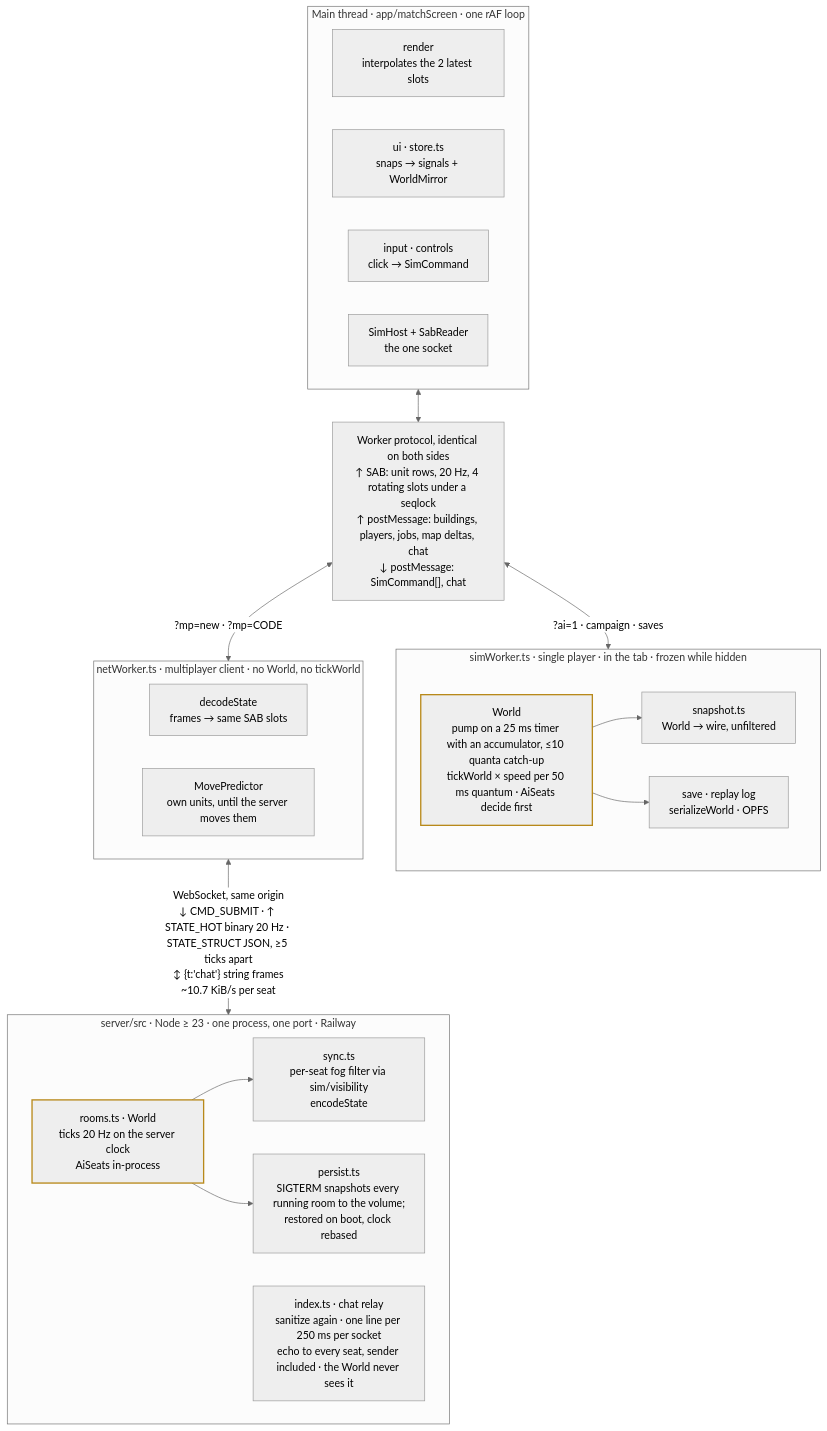
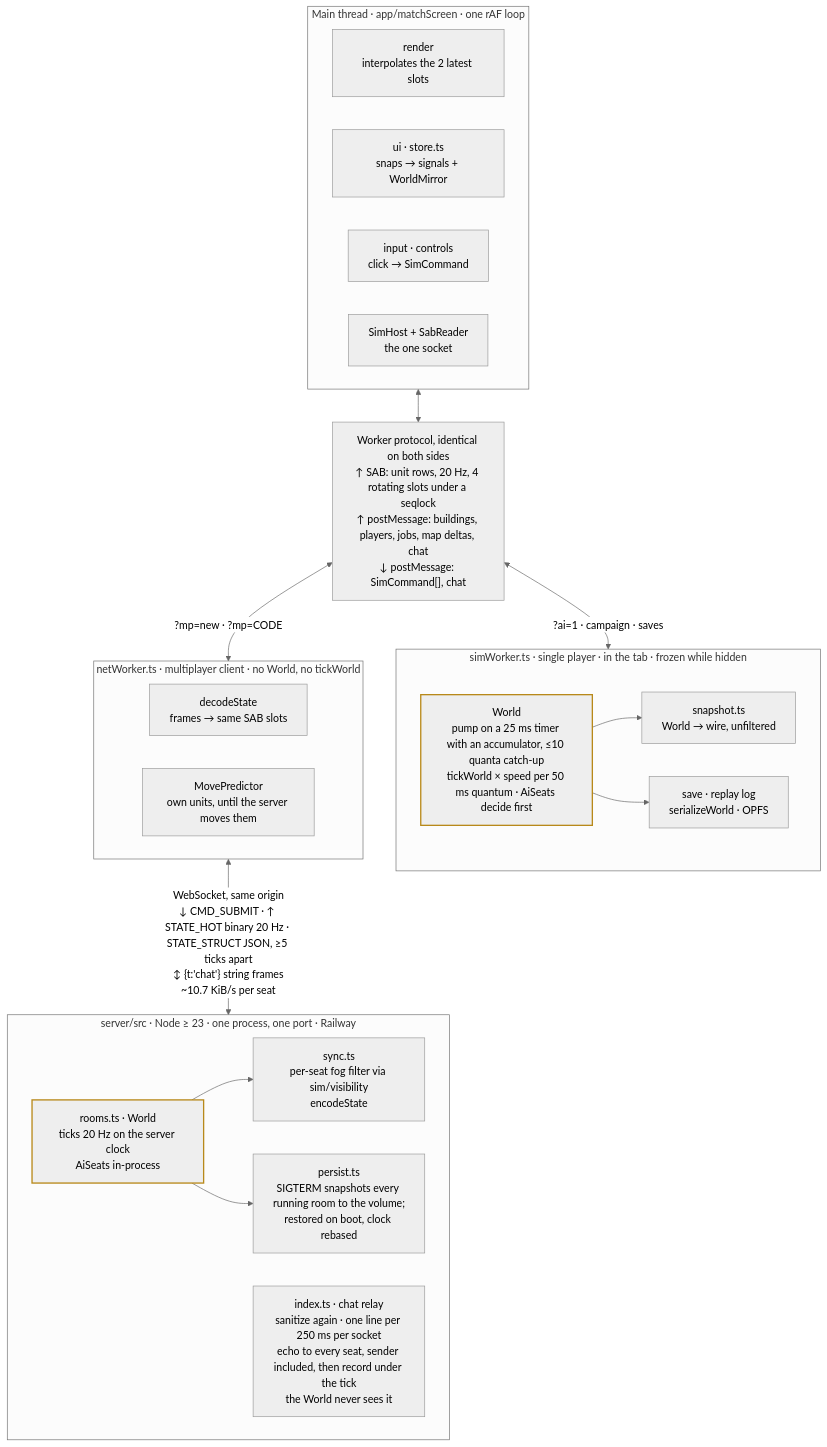
The second of 2 diagrams in docs/architecture.md (arv/serf), drawn with Mermaid (neutral theme) before and after one commit. The commit also changed other lines of this file, not shown here.

First line of the commit message:
docs(architecture): a recording keeps what the table said

````diff
--- a/docs/architecture.md
+++ b/docs/architecture.md
@@ -102,42 +102,42 @@
 ```mermaid
 flowchart TB
   subgraph main["Main thread · app/matchScreen · one rAF loop"]
     direction LR
     render["render<br/>interpolates the 2 latest slots"]
     uistore["ui · store.ts<br/>snaps → signals + WorldMirror"]
     controls["input · controls<br/>click → SimCommand"]
     host["SimHost + SabReader<br/>the one socket"]
   end
   wire["Worker protocol, identical on both sides<br/>↑ SAB: unit rows, 20 Hz, 4 rotating slots under a seqlock<br/>↑ postMessage: buildings, players, jobs, map deltas, chat<br/>↓ postMessage: SimCommand[], chat"]
   main <--> wire
 
   subgraph solo["simWorker.ts · single player · in the tab · frozen while hidden"]
     world1["World<br/>pump on a 25 ms timer with an accumulator, ≤10 quanta catch-up<br/>tickWorld × speed per 50 ms quantum · AiSeats decide first"]
     snap["snapshot.ts<br/>World → wire, unfiltered"]
     save["save · replay log<br/>serializeWorld · OPFS"]
     world1 --> snap
     world1 --> save
   end
   wire <-- "?ai=1 · campaign · saves" --> solo
 
   subgraph mp["netWorker.ts · multiplayer client · no World, no tickWorld"]
     direction LR
     decode["decodeState<br/>frames → same SAB slots"]
     predict["MovePredictor<br/>own units, until the server moves them"]
   end
   wire <-- "?mp=new · ?mp=CODE" --> mp
 
   subgraph srv["server/src · Node ≥ 23 · one process, one port · Railway"]
     direction LR
     rooms["rooms.ts · World<br/>ticks 20 Hz on the server clock<br/>AiSeats in-process"]
     sync["sync.ts<br/>per-seat fog filter via sim/visibility<br/>encodeState"]
     persist["persist.ts<br/>SIGTERM snapshots every running room to the volume;<br/>restored on boot, clock rebased"]
-    relay["index.ts · chat relay<br/>sanitize again · one line per 250 ms per socket<br/>echo to every seat, sender included · the World never sees it"]
+    relay["index.ts · chat relay<br/>sanitize again · one line per 250 ms per socket<br/>echo to every seat, sender included, then record under the tick<br/>the World never sees it"]
     rooms --> sync
     rooms --> persist
   end
   mp <-- "WebSocket, same origin<br/>↓ CMD_SUBMIT · ↑ STATE_HOT binary 20 Hz · STATE_STRUCT JSON, ≥5 ticks apart<br/>↕ {t:'chat'} string frames<br/>~10.7 KiB/s per seat" --> srv
 
   style world1 stroke:#b8891a,stroke-width:2px
   style rooms stroke:#b8891a,stroke-width:2px
 ```
````
